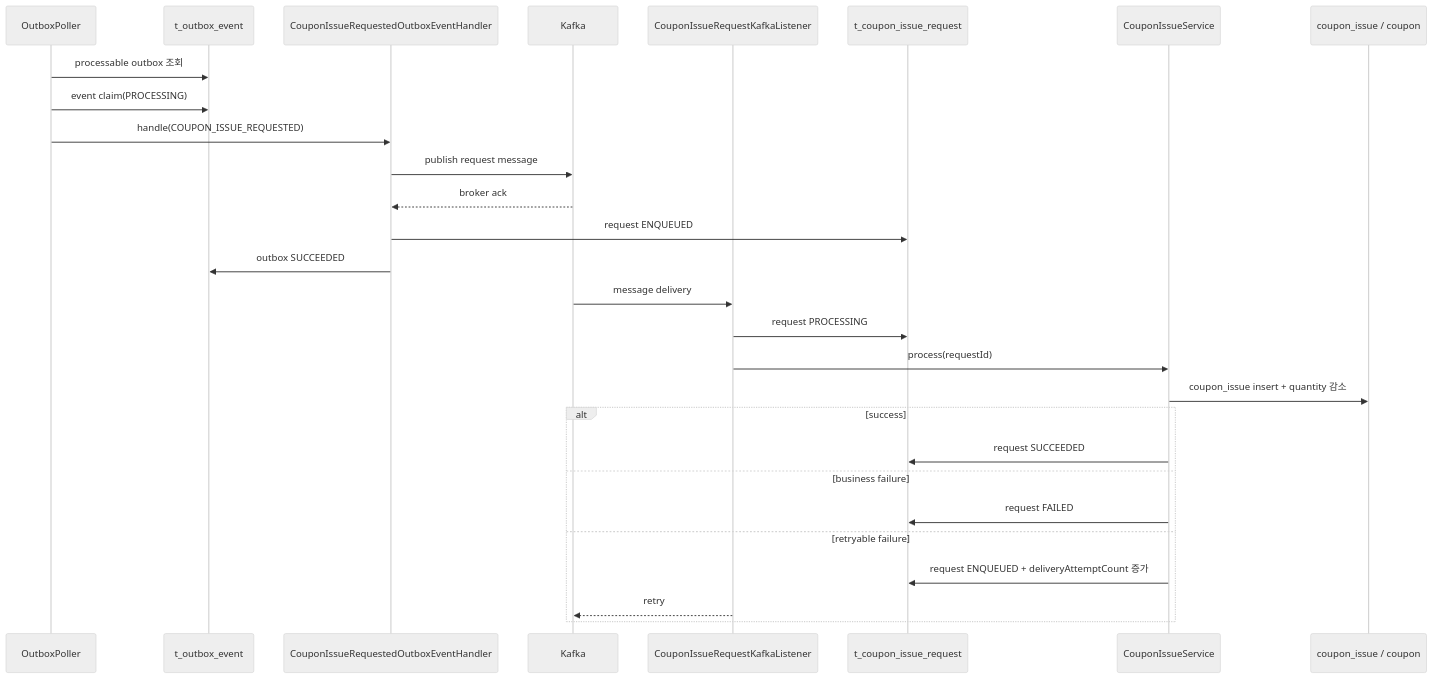
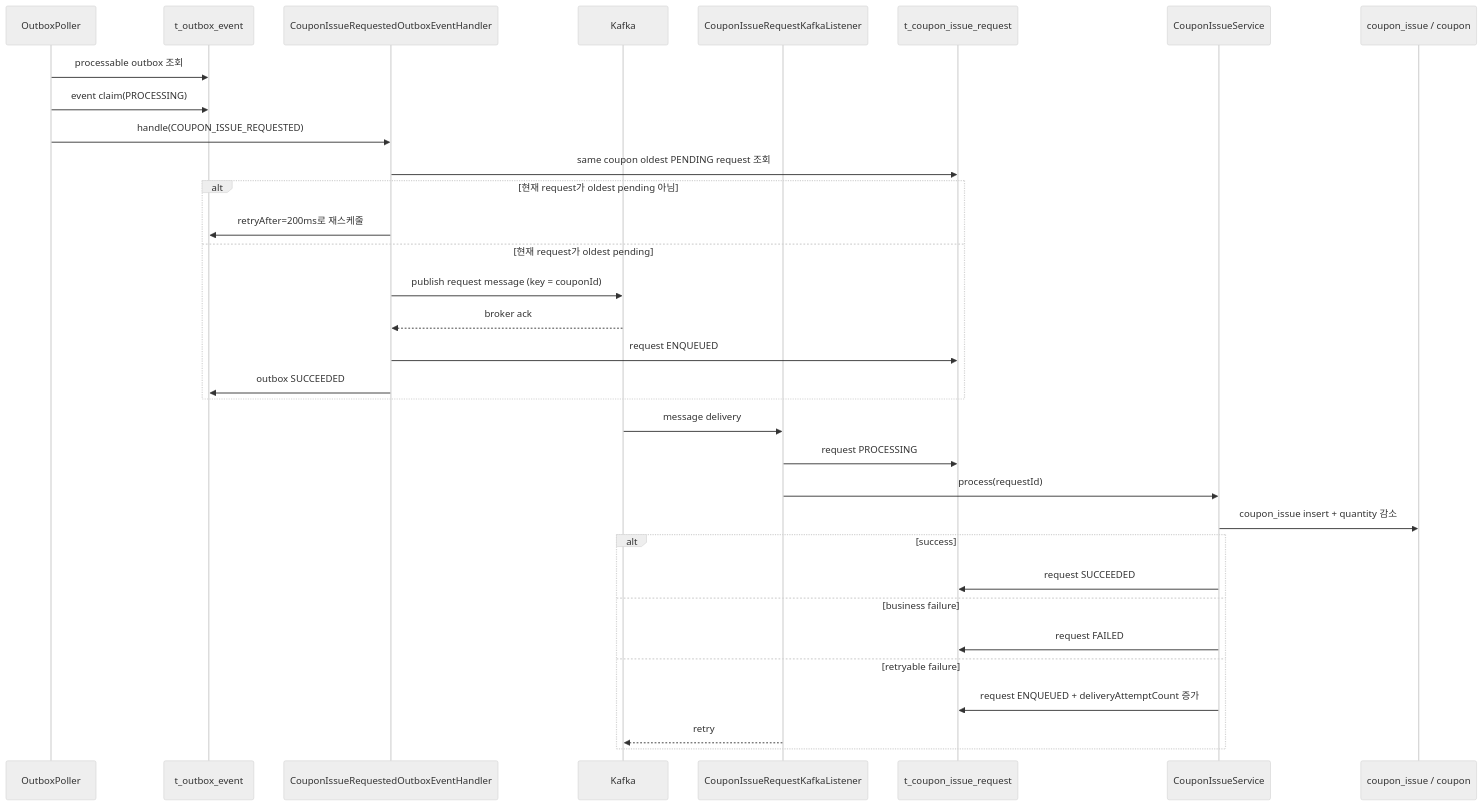
One commit to char-labs/coupon-system-design-kt changed the eighth of 11 diagrams in coupon/coupon-worker/docs/coupon-kafka-runtime-guide.md. Above: the diagram before and after it, drawn with Mermaid (neutral theme). The commit also changed other lines of this file and 4 other files, not shown here.

Commit message:
[Docs] Refresh coupon Kafka runtime guides

````diff
--- a/coupon/coupon-worker/docs/coupon-kafka-runtime-guide.md
+++ b/coupon/coupon-worker/docs/coupon-kafka-runtime-guide.md
@@ -291,32 +266,37 @@
 ```mermaid
 sequenceDiagram
     participant Poller as OutboxPoller
     participant OutboxDB as t_outbox_event
     participant Handler as CouponIssueRequestedOutboxEventHandler
     participant Kafka as Kafka
     participant Listener as CouponIssueRequestKafkaListener
     participant RequestDB as t_coupon_issue_request
     participant Issue as CouponIssueService
     participant CouponDB as coupon_issue / coupon
 
     Poller->>OutboxDB: processable outbox 조회
     Poller->>OutboxDB: event claim(PROCESSING)
     Poller->>Handler: handle(COUPON_ISSUE_REQUESTED)
-    Handler->>Kafka: publish request message
-    Kafka-->>Handler: broker ack
-    Handler->>RequestDB: request ENQUEUED
-    Handler->>OutboxDB: outbox SUCCEEDED
+    Handler->>RequestDB: same coupon oldest PENDING request 조회
+    alt 현재 request가 oldest pending 아님
+        Handler->>OutboxDB: retryAfter=200ms로 재스케줄
+    else 현재 request가 oldest pending
+        Handler->>Kafka: publish request message (key = couponId)
+        Kafka-->>Handler: broker ack
+        Handler->>RequestDB: request ENQUEUED
+        Handler->>OutboxDB: outbox SUCCEEDED
+    end
 
     Kafka->>Listener: message delivery
     Listener->>RequestDB: request PROCESSING
     Listener->>Issue: process(requestId)
     Issue->>CouponDB: coupon_issue insert + quantity 감소
     alt success
         Issue->>RequestDB: request SUCCEEDED
     else business failure
         Issue->>RequestDB: request FAILED
     else retryable failure
         Issue->>RequestDB: request ENQUEUED + deliveryAttemptCount 증가
         Listener-->>Kafka: retry
     end
 ```
````
